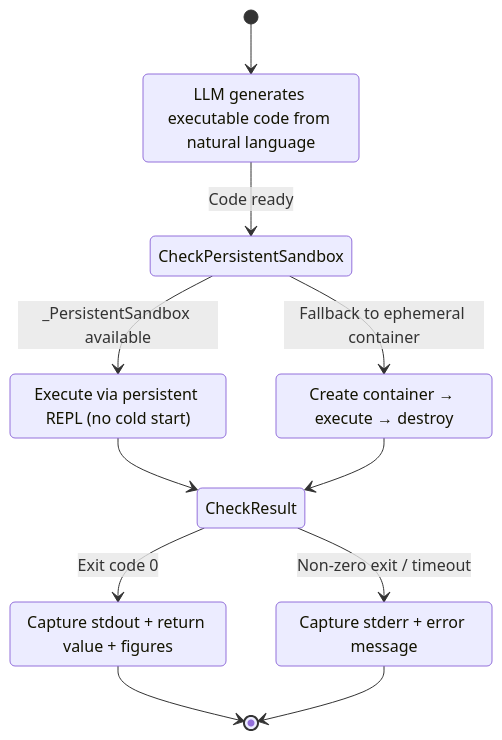
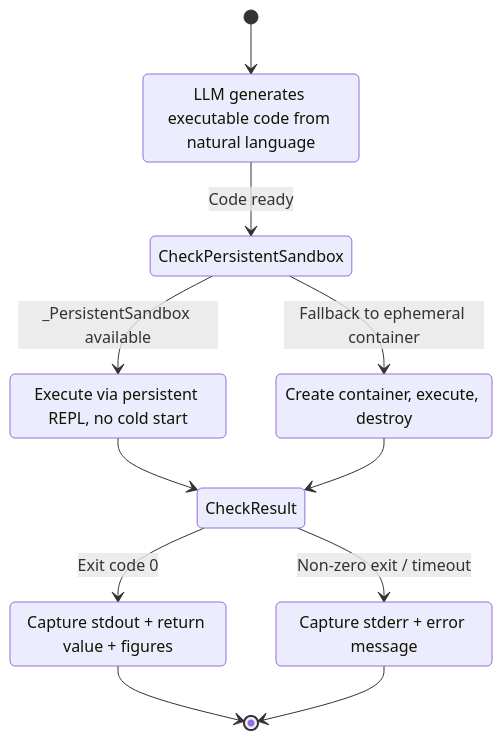
One commit to Zenobia000/openagent_backend changed the fifth of 7 diagrams in Architecture_Refactoring_Toolkit/project_docs/11_processing_mode_state_machines.md. Above: the diagram before and after it, drawn with Mermaid. The commit also changed other lines of this file and 56 other files, not shown here.

````diff
--- a/Architecture_Refactoring_Toolkit/project_docs/11_processing_mode_state_machines.md
+++ b/Architecture_Refactoring_Toolkit/project_docs/11_processing_mode_state_machines.md
@@ -274,26 +280,26 @@
 ```mermaid
 stateDiagram-v2
     [*] --> GenerateCode
     GenerateCode: LLM generates executable code from natural language
     GenerateCode --> CheckPersistentSandbox: Code ready
 
     state CheckPersistentSandbox <<choice>>
     CheckPersistentSandbox --> PersistentExec: _PersistentSandbox available
     CheckPersistentSandbox --> EphemeralExec: Fallback to ephemeral container
 
-    PersistentExec: Execute via persistent REPL (no cold start)
-    EphemeralExec: Create container → execute → destroy
+    PersistentExec: Execute via persistent REPL, no cold start
+    EphemeralExec: Create container, execute, destroy
 
     PersistentExec --> CheckResult
     EphemeralExec --> CheckResult
 
     state CheckResult <<choice>>
     CheckResult --> FormatSuccess: Exit code 0
     CheckResult --> FormatError: Non-zero exit / timeout
 
     FormatSuccess: Capture stdout + return value + figures
     FormatError: Capture stderr + error message
 
     FormatSuccess --> [*]
     FormatError --> [*]
 ```
````
